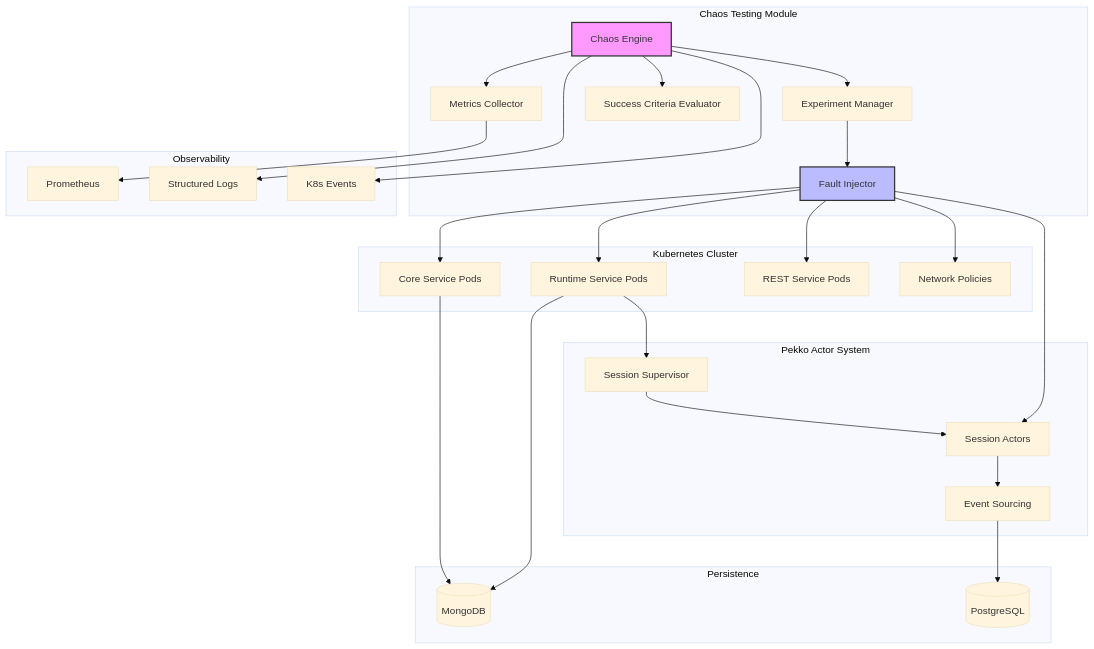
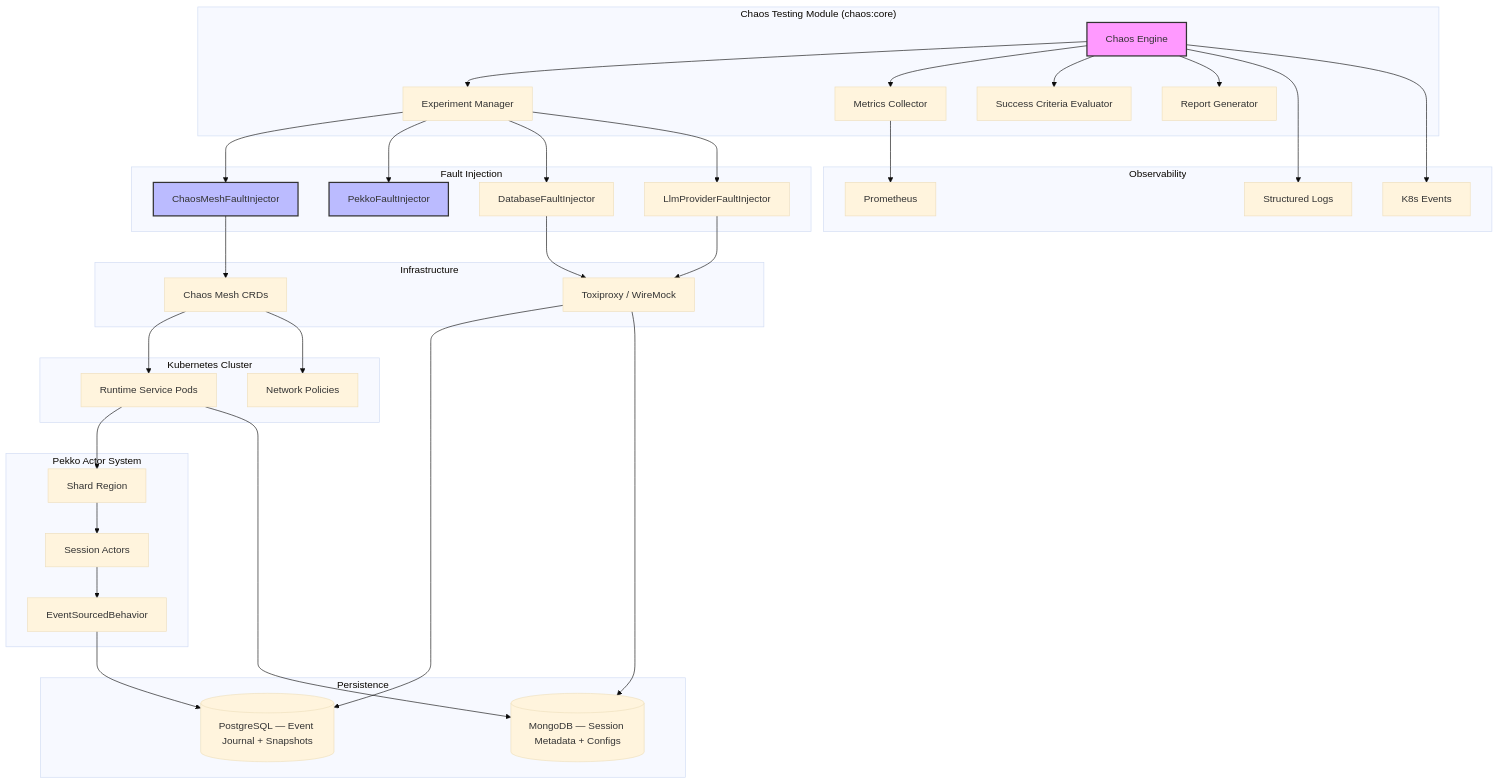
Before and after one commit to hunter1703/agent-engine: the diagram in .kiro/specs/chaos-testing/design.md, drawn with Mermaid (base theme). The commit also changed other lines of this file and 4 other files, not shown here.

````diff
--- a/.kiro/specs/chaos-testing/design.md
+++ b/.kiro/specs/chaos-testing/design.md
@@ -32,60 +41,75 @@
 ```mermaid
 graph TB
-    subgraph "Chaos Testing Module"
+    subgraph "Chaos Testing Module (chaos:core)"
         CE[Chaos Engine]
-        FI[Fault Injector]
         EM[Experiment Manager]
         MC[Metrics Collector]
         SC[Success Criteria Evaluator]
+        RG[Report Generator]
     end
-    
+
+    subgraph "Fault Injection"
+        CMF[ChaosMeshFaultInjector]
+        PFI[PekkoFaultInjector]
+        DBF[DatabaseFaultInjector]
+        LLM[LlmProviderFaultInjector]
+    end
+
+    subgraph "Infrastructure"
+        CM[Chaos Mesh CRDs]
+        TP[Toxiproxy / WireMock]
+    end
+
     subgraph "Kubernetes Cluster"
         RT[Runtime Service Pods]
-        CORE[Core Service Pods]
-        REST[REST Service Pods]
         NP[Network Policies]
     end
-    
+
     subgraph "Pekko Actor System"
-        SS[Session Supervisor]
+        SR[Shard Region]
         SA[Session Actors]
-        ES[Event Sourcing]
+        ES[EventSourcedBehavior]
     end
-    
+
     subgraph "Persistence"
-        MONGO[(MongoDB)]
-        PG[(PostgreSQL)]
+        PG[(PostgreSQL — Event Journal + Snapshots)]
+        MONGO[(MongoDB — Session Metadata + Configs)]
     end
-    
+
     subgraph "Observability"
         PROM[Prometheus]
         LOGS[Structured Logs]
         KEVENTS[K8s Events]
     end
-    
+
     CE --> EM
     CE --> MC
     CE --> SC
-    EM --> FI
-    
-    FI --> RT
-    FI --> CORE
-    FI --> REST
-    FI --> NP
-    FI --> SA
-    
-    RT --> SS
-    SS --> SA
+    CE --> RG
+    EM --> CMF
+    EM --> PFI
+    EM --> DBF
+    EM --> LLM
+
+    CMF --> CM
+    CM --> RT
+    CM --> NP
+    DBF --> TP
+    TP --> PG
+    TP --> MONGO
+    LLM --> TP
+
+    RT --> SR
+    SR --> SA
     SA --> ES
     ES --> PG
-    
     RT --> MONGO
-    CORE --> MONGO
-    
+
     MC --> PROM
     CE --> LOGS
     CE --> KEVENTS
-    
+
     style CE fill:#f9f,stroke:#333,stroke-width:2px
-    style FI fill:#bbf,stroke:#333,stroke-width:2px
+    style CMF fill:#bbf,stroke:#333,stroke-width:2px
+    style PFI fill:#bbf,stroke:#333,stroke-width:2px
 ```
````
